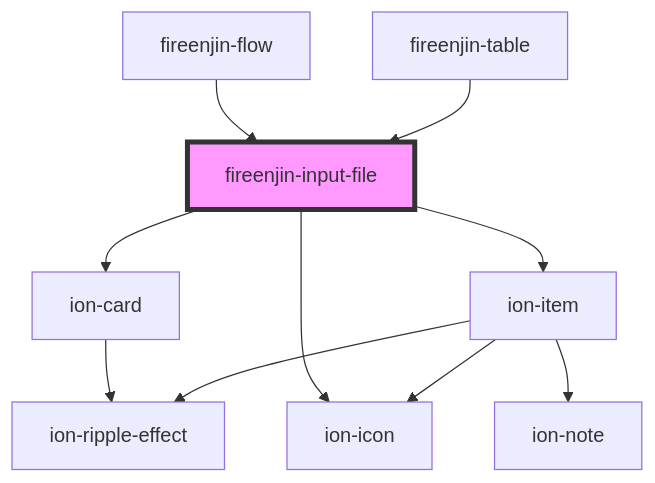
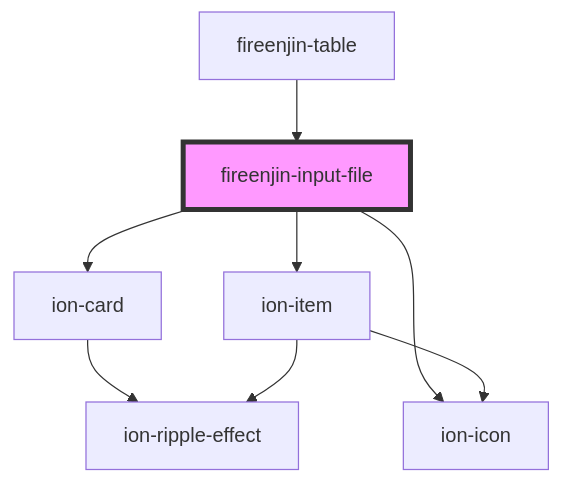
Before and after one commit to FireEnjin/Components: the diagram in src/components/input-file/readme.md, drawn with Mermaid. The commit also changed other lines of this file and 73 other files, not shown here.

Commit message:
perf(): Update Ionic to v8 and Stenicl to 4 and remove flow component

````diff
--- a/src/components/input-file/readme.md
+++ b/src/components/input-file/readme.md
@@ -60,13 +59,11 @@
 ```mermaid
 graph TD;
   fireenjin-input-file --> ion-card
   fireenjin-input-file --> ion-item
   fireenjin-input-file --> ion-icon
   ion-card --> ion-ripple-effect
   ion-item --> ion-icon
   ion-item --> ion-ripple-effect
-  ion-item --> ion-note
-  fireenjin-flow --> fireenjin-input-file
   fireenjin-table --> fireenjin-input-file
   style fireenjin-input-file fill:#f9f,stroke:#333,stroke-width:4px
 ```
````
